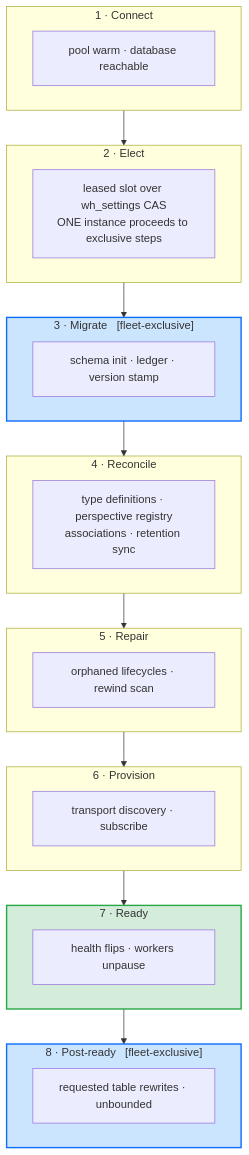
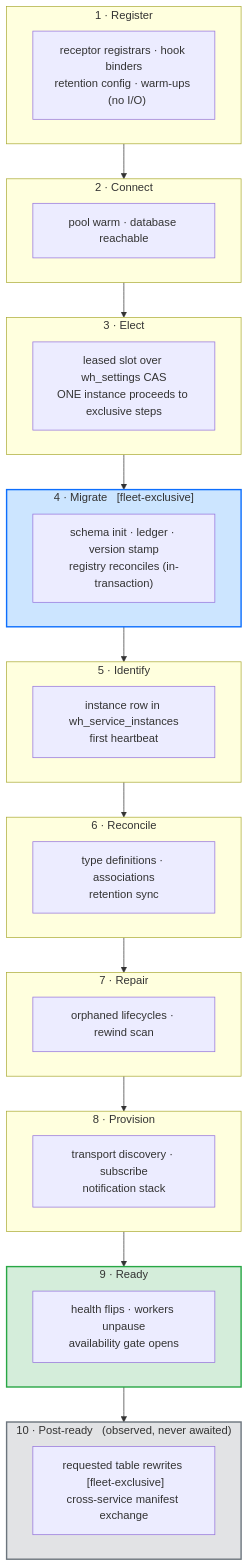
One commit to whizbang-lib/whizbang-lib.github.io changed the second of 2 diagrams in src/assets/docs/proposals/startup-pipeline.md. Above: the diagram before and after it, drawn with Mermaid. The commit also changed other lines of this file, not shown here.

First line of the commit message:
docs(proposal): startup pipeline — hooks, health, and an API surface for a slow boot

````diff
--- a/src/assets/docs/proposals/startup-pipeline.md
+++ b/src/assets/docs/proposals/startup-pipeline.md
@@ -81,33 +83,39 @@
 ```mermaid
 graph TB
-    subgraph Connect["1 · Connect"]
+    subgraph Register["1 · Register"]
+        G1["receptor registrars · hook binders<br/>retention config · warm-ups &nbsp;&nbsp;(no I/O)"]
+    end
+    subgraph Connect["2 · Connect"]
         C1["pool warm · database reachable"]
     end
-    subgraph Elect["2 · Elect"]
+    subgraph Elect["3 · Elect"]
         E1["leased slot over wh_settings CAS<br/>ONE instance proceeds to exclusive steps"]
     end
-    subgraph Migrate["3 · Migrate &nbsp;&nbsp;[fleet-exclusive]"]
-        M1["schema init · ledger · version stamp"]
+    subgraph Migrate["4 · Migrate &nbsp;&nbsp;[fleet-exclusive]"]
+        M1["schema init · ledger · version stamp<br/>registry reconciles (in-transaction)"]
     end
-    subgraph Reconcile["4 · Reconcile"]
-        R1["type definitions · perspective registry<br/>associations · retention sync"]
+    subgraph Identify["5 · Identify"]
+        I1["instance row in wh_service_instances<br/>first heartbeat"]
     end
-    subgraph Repair["5 · Repair"]
+    subgraph Reconcile["6 · Reconcile"]
+        R1["type definitions · associations<br/>retention sync"]
+    end
+    subgraph Repair["7 · Repair"]
         P1["orphaned lifecycles · rewind scan"]
     end
-    subgraph Provision["6 · Provision"]
-        V1["transport discovery · subscribe"]
+    subgraph Provision["8 · Provision"]
+        V1["transport discovery · subscribe<br/>notification stack"]
     end
-    subgraph Ready["7 · Ready"]
-        Y1["health flips · workers unpause"]
+    subgraph Ready["9 · Ready"]
+        Y1["health flips · workers unpause<br/>availability gate opens"]
     end
-    subgraph Post["8 · Post-ready &nbsp;&nbsp;[fleet-exclusive]"]
-        Z1["requested table rewrites · unbounded"]
+    subgraph Post["10 · Post-ready &nbsp;&nbsp;(observed, never awaited)"]
+        Z1["requested table rewrites &nbsp;[fleet-exclusive]<br/>cross-service manifest exchange"]
     end
 
-    Connect --> Elect --> Migrate --> Reconcile --> Repair --> Provision --> Ready --> Post
+    Register --> Connect --> Elect --> Migrate --> Identify --> Reconcile --> Repair --> Provision --> Ready --> Post
 
     style Migrate fill:#cce5ff,stroke:#0d6efd,stroke-width:2px
-    style Post fill:#cce5ff,stroke:#0d6efd,stroke-width:2px
+    style Post fill:#e2e3e5,stroke:#6c757d,stroke-width:2px
     style Ready fill:#d4edda,stroke:#28a745,stroke-width:2px
 ```
````
